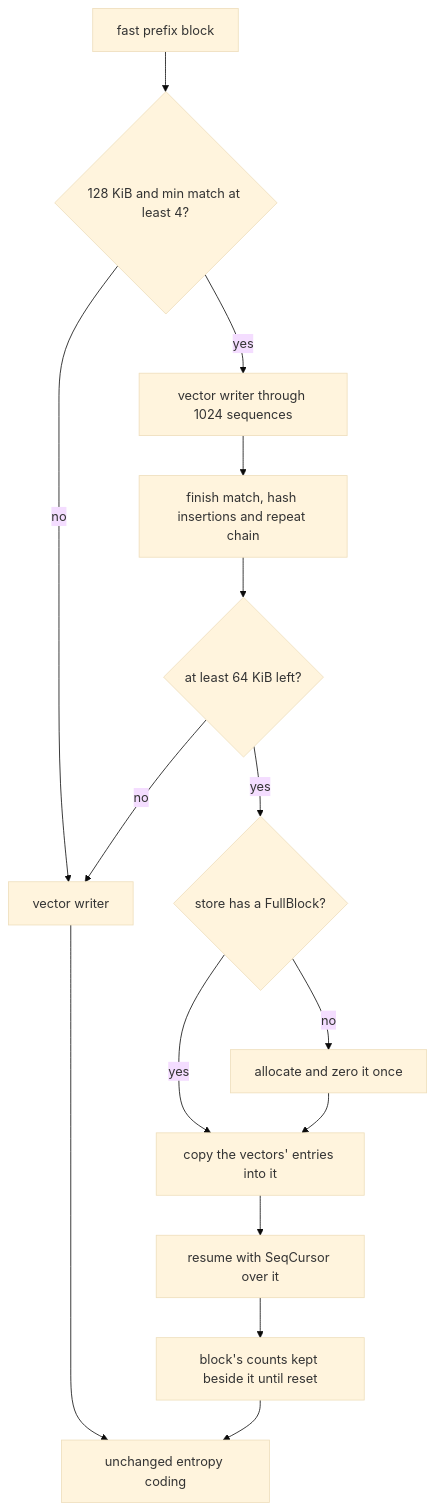
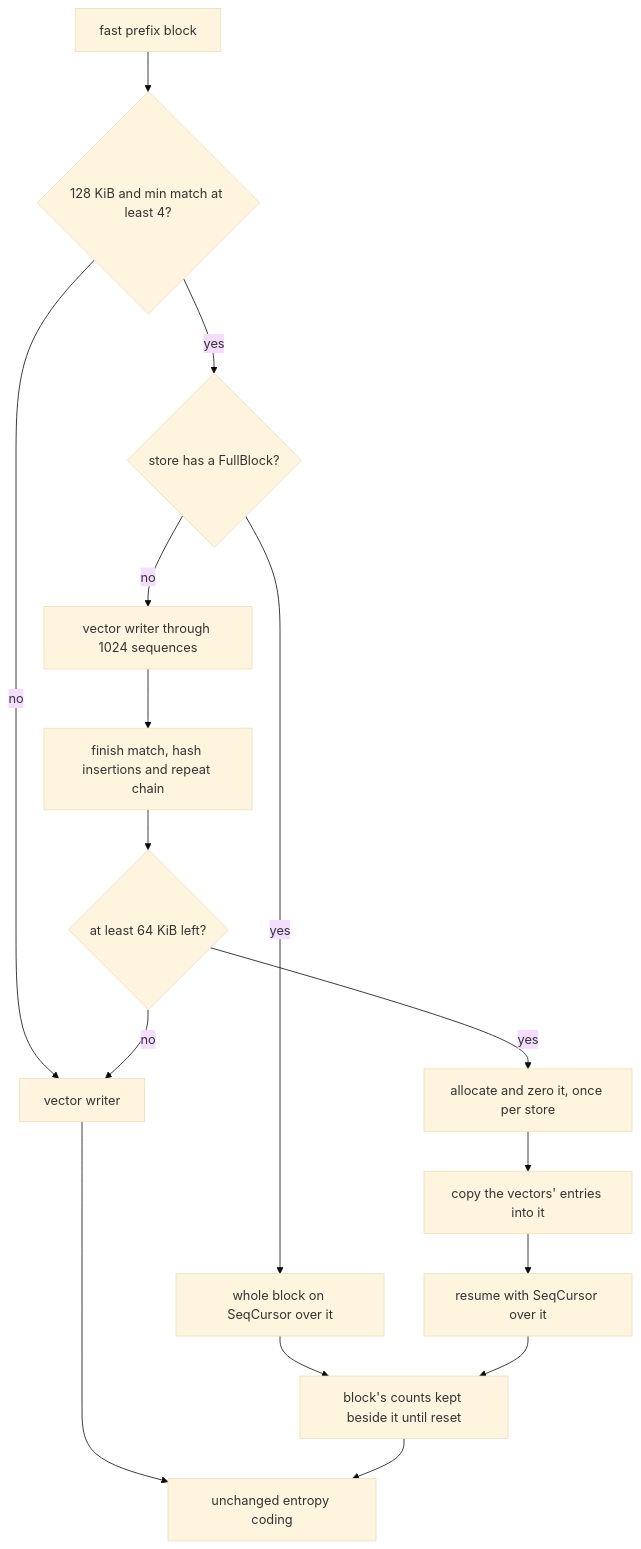
Before and after one commit to M-Compressors/mzstd: the eighth of 18 diagrams in architecture/encoder-core.md, drawn with Mermaid (base theme). The commit also changed other lines of this file and 390 other files, not shown here.

````diff
--- a/architecture/encoder-core.md
+++ b/architecture/encoder-core.md
@@ -333,17 +351,18 @@
 ```mermaid
 flowchart TD
     Start[fast prefix block] --> Full{128 KiB and min match at least 4?}
     Full -->|no| Vec[vector writer]
-    Full -->|yes| Probe[vector writer through 1024 sequences]
+    Full -->|yes| Has{store has a FullBlock?}
+    Has -->|yes| Direct[whole block on SeqCursor over it]
+    Direct --> Counts
+    Has -->|no| Probe[vector writer through 1024 sequences]
     Probe --> Boundary[finish match, hash insertions and repeat chain]
     Boundary --> Left{at least 64 KiB left?}
     Left -->|no| Vec
-    Left -->|yes| Kept{store has a FullBlock?}
-    Kept -->|no| Alloc[allocate and zero it once]
-    Kept -->|yes| Copy
+    Left -->|yes| Alloc[allocate and zero it, once per store]
     Alloc --> Copy[copy the vectors' entries into it]
     Copy --> Cursor[resume with SeqCursor over it]
     Cursor --> Counts[block's counts kept beside it until reset]
     Vec --> End[unchanged entropy coding]
     Counts --> End
 ```
````
